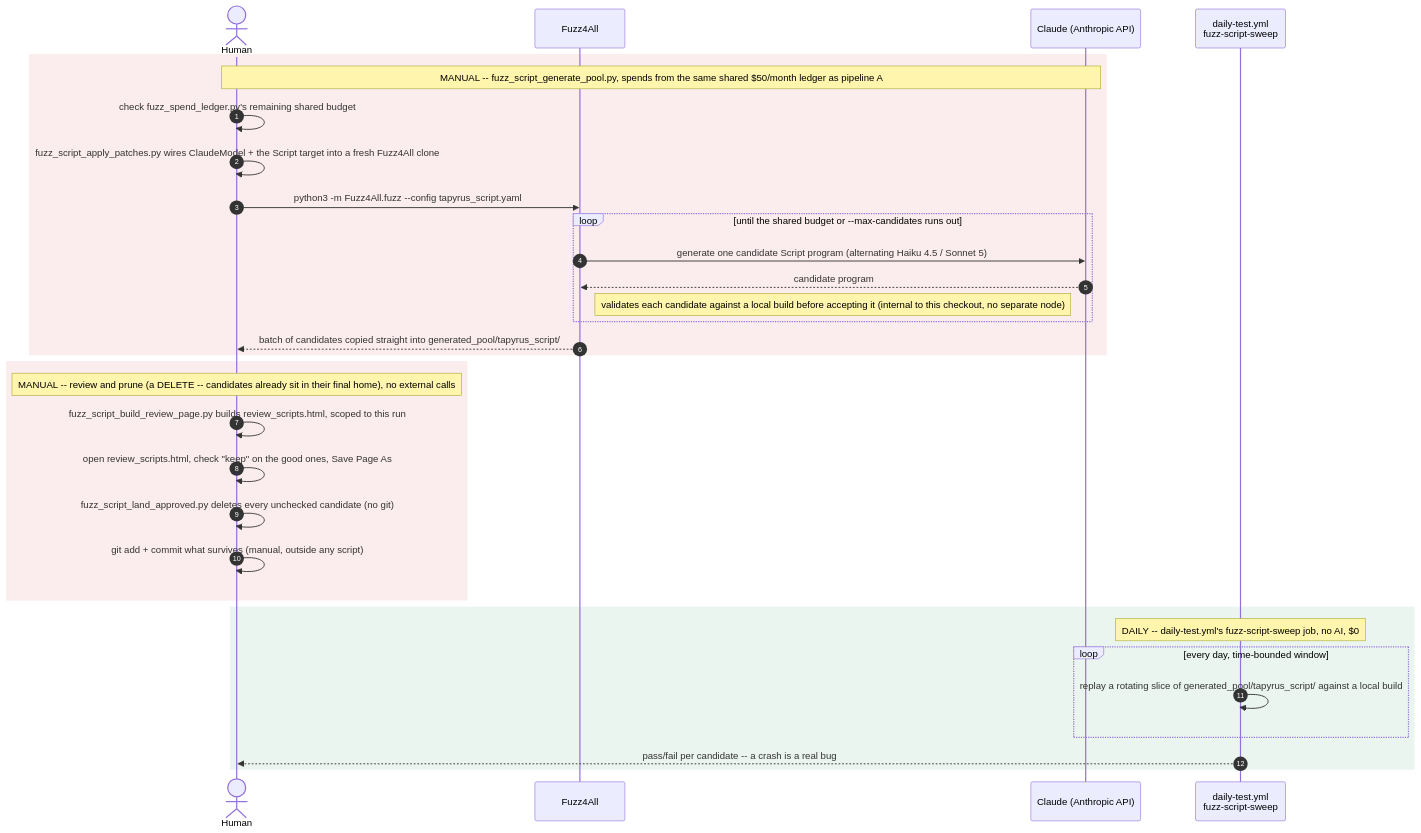
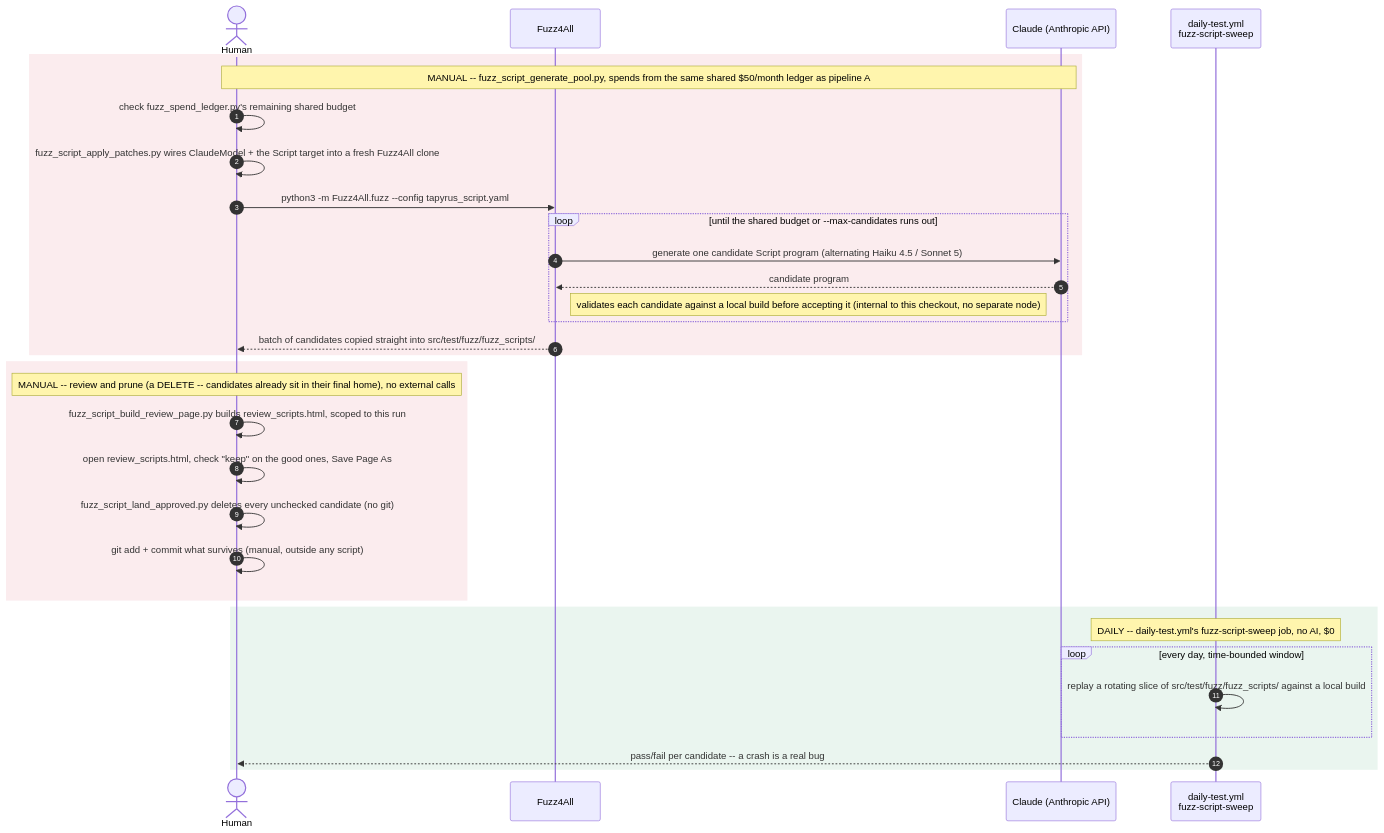
One commit to chaintope/tapyrus-core changed the second of 2 diagrams in contrib/fuzz/PIPELINE.md. Above: the diagram before and after it, drawn with Mermaid. The commit also changed other lines of this file and 68 other files, not shown here.

````diff
--- a/contrib/fuzz/PIPELINE.md
+++ b/contrib/fuzz/PIPELINE.md
@@ -82,37 +82,37 @@
 ```mermaid
 sequenceDiagram
     autonumber
     actor Human
     participant F4A as Fuzz4All
     participant Claude as Claude (Anthropic API)
     participant CI as daily-test.yml<br/>fuzz-script-sweep
 
     rect rgb(251, 236, 238)
     Note over Human,Claude: MANUAL -- fuzz_script_generate_pool.py, spends from the same shared $50/month ledger as pipeline A
     Human->>Human: check fuzz_spend_ledger.py's remaining shared budget
     Human->>Human: fuzz_script_apply_patches.py wires ClaudeModel + the Script target into a fresh Fuzz4All clone
     Human->>F4A: python3 -m Fuzz4All.fuzz --config tapyrus_script.yaml
     loop until the shared budget or --max-candidates runs out
         F4A->>Claude: generate one candidate Script program (alternating Haiku 4.5 / Sonnet 5)
         Claude-->>F4A: candidate program
         Note right of F4A: validates each candidate against a local build before accepting it (internal to this checkout, no separate node)
     end
-    F4A-->>Human: batch of candidates copied straight into generated_pool/tapyrus_script/
+    F4A-->>Human: batch of candidates copied straight into src/test/fuzz/fuzz_scripts/
     end
 
     rect rgb(251, 236, 238)
     Note over Human: MANUAL -- review and prune (a DELETE -- candidates already sit in their final home), no external calls
     Human->>Human: fuzz_script_build_review_page.py builds review_scripts.html, scoped to this run
     Human->>Human: open review_scripts.html, check "keep" on the good ones, Save Page As
     Human->>Human: fuzz_script_land_approved.py deletes every unchecked candidate (no git)
     Human->>Human: git add + commit what survives (manual, outside any script)
     end
 
     rect rgb(234, 245, 239)
     Note over CI: DAILY -- daily-test.yml's fuzz-script-sweep job, no AI, $0
     loop every day, time-bounded window
-        CI->>CI: replay a rotating slice of generated_pool/tapyrus_script/ against a local build
+        CI->>CI: replay a rotating slice of src/test/fuzz/fuzz_scripts/ against a local build
     end
     CI-->>Human: pass/fail per candidate -- a crash is a real bug
     end
 ```
````
